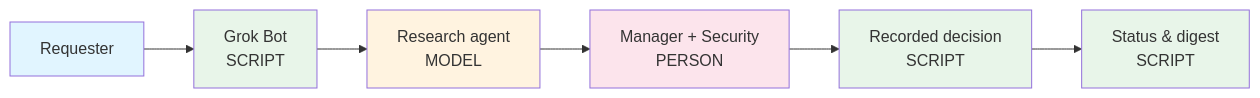
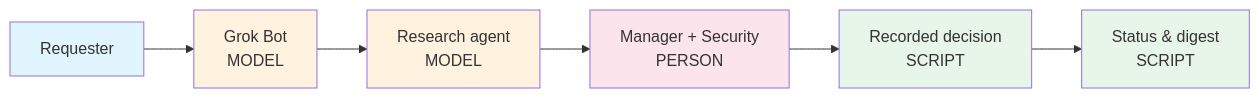
One commit to tradersnow222/acme-vendor-onboarding changed the first of 2 diagrams in README.md. Above: the diagram before and after it, drawn with Mermaid. The commit also changed other lines of this file, not shown here.

````diff
--- a/README.md
+++ b/README.md
@@ -13,15 +25,15 @@
 ```mermaid
 flowchart LR
-    A[Requester] --> B[Grok Bot<br/>SCRIPT]
+    A[Requester] --> B[Grok Bot<br/>MODEL]
     B --> C[Research agent<br/>MODEL]
     C --> D[Manager + Security<br/>PERSON]
     D --> E[Recorded decision<br/>SCRIPT]
     E --> F[Status & digest<br/>SCRIPT]
     
     style A fill:#e1f5ff
-    style B fill:#e8f5e9
+    style B fill:#fff3e0
     style C fill:#fff3e0
     style D fill:#fce4ec
     style E fill:#e8f5e9
     style F fill:#e8f5e9
 ```
````
